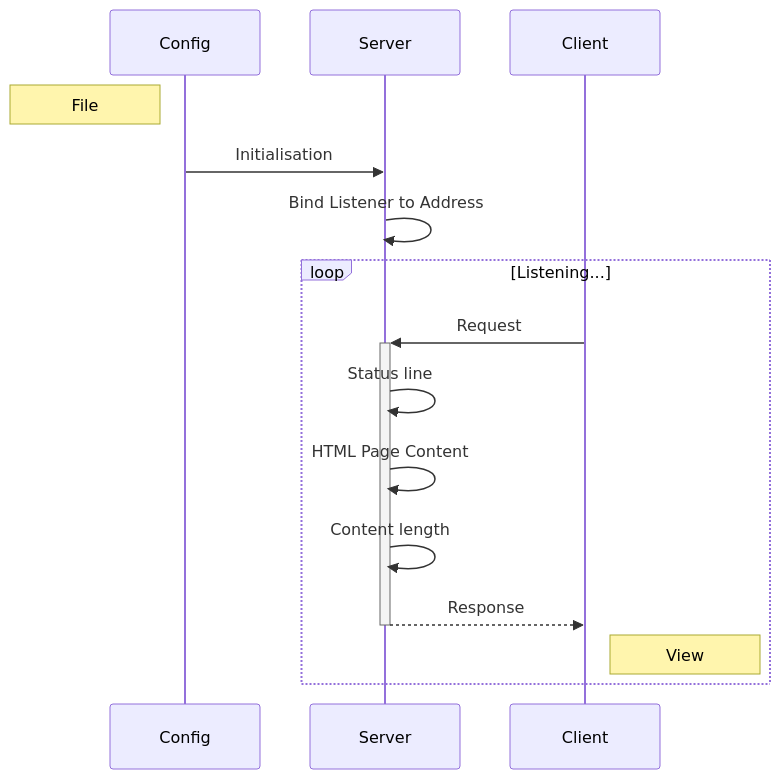
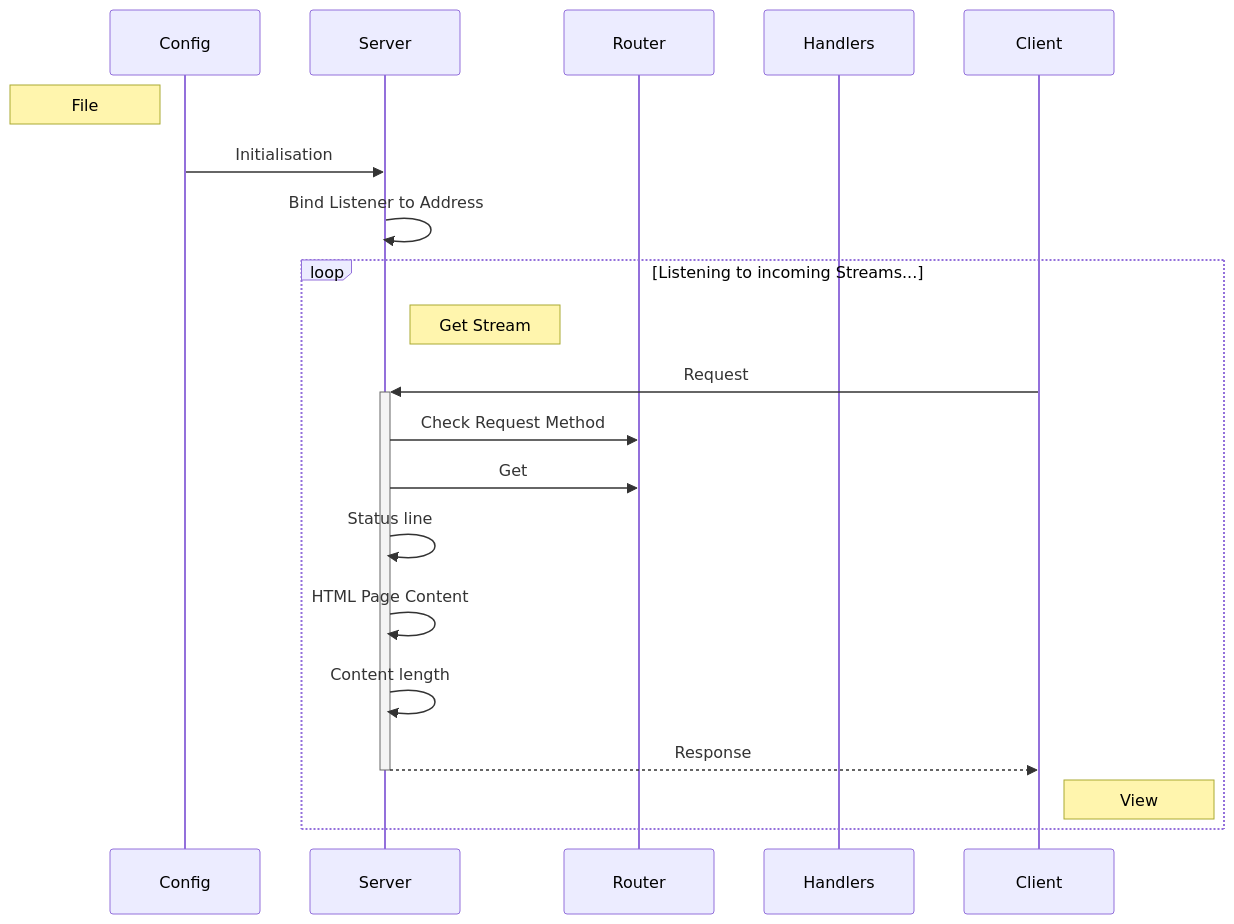
One commit to 8lkc/localhost changed the fifth of 5 diagrams in README.md. Above: the diagram before and after it, drawn with Mermaid. The commit also changed other lines of this file and 21 other files, not shown here.

````diff
--- a/README.md
+++ b/README.md
@@ -242,16 +338,24 @@
 ```mermaid
 sequenceDiagram
+  Participant Config
+  Participant Server
+  Participant Router
+  Participant Handlers
+  Participant Client
 
-Note left of Config: File
-Config ->> Server: Initialisation
-Server ->> Server: Bind Listener to Address
+  Note left of Config: File
+  Config ->> Server: Initialisation
+  Server ->> Server: Bind Listener to Address
 
-loop Listening...
-  Client ->>+ Server: Request
-  Server ->> Server: Status line
-  Server ->> Server: HTML Page Content
-  Server ->> Server: Content length
-  Server -->>- Client: Response
-  Note right of Client: View
-end
+  loop Listening to incoming Streams...
+    Note right of Server: Get Stream
+    Client ->>+ Server: Request
+    Server ->> Router: Check Request Method
+    Server ->> Router: Get 
+    Server ->> Server: Status line
+    Server ->> Server: HTML Page Content
+    Server ->> Server: Content length
+    Server -->>- Client: Response
+    Note right of Client: View
+  end
 ```
````
